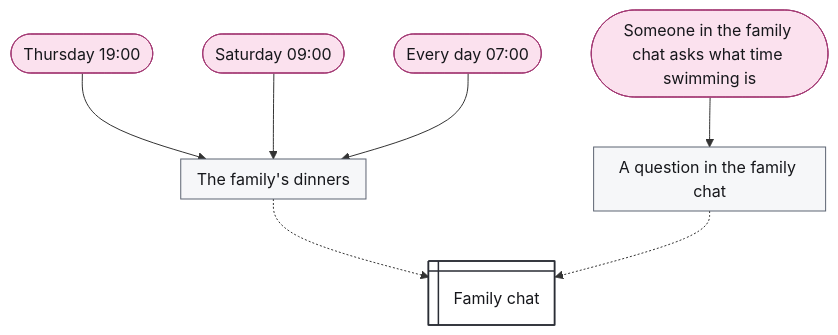
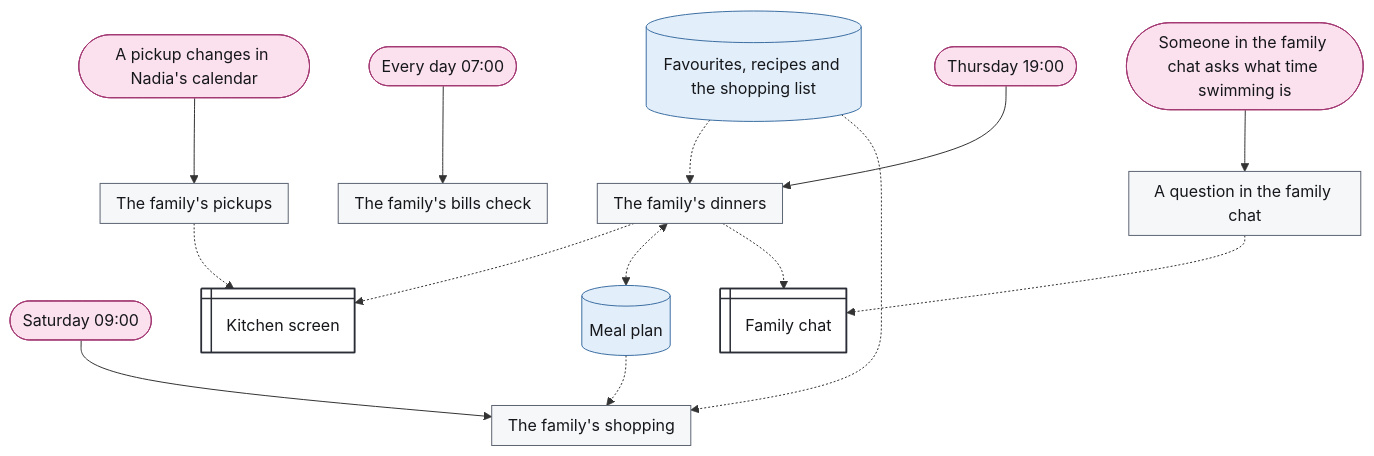
One commit to chrismdp/awml changed the diagram in examples/family-map.mmd. Above: the diagram before and after it, drawn with Mermaid. The commit also changed 106 other files, not shown here.

```diff
--- a/examples/family-map.mmd
+++ b/examples/family-map.mmd
@@ -1,43 +1,67 @@
 ---
 config:
   theme: default
   fontFamily: Inter, sans-serif
   flowchart:
     useMaxWidth: false
     subGraphTitleMargin:
       top: 6
       bottom: 30
 ---
 flowchart TB
   w1_thu(["Thursday 19#58;00"])
-  w1_sat(["Saturday 09#58;00"])
-  w1_daily(["Every day 07#58;00"])
   subgraph w1["The family#39;s dinners"]
     direction TB
   end
-  w2_ask(["Someone in the family chat asks what time swimming is"])
-  subgraph w2["A question in the family chat"]
+  w2_sat(["Saturday 09#58;00"])
+  subgraph w2["The family#39;s shopping"]
     direction TB
   end
-  s1@{ shape: win-pane, label: "Family chat" }
+  w3_daily(["Every day 07#58;00"])
+  subgraph w3["The family#39;s bills check"]
+    direction TB
+  end
+  w4_changed(["A pickup changes in Nadia#39;s calendar"])
+  subgraph w4["The family#39;s pickups"]
+    direction TB
+  end
+  w5_ask(["Someone in the family chat asks what time swimming is"])
+  subgraph w5["A question in the family chat"]
+    direction TB
+  end
+  s1@{ shape: win-pane, label: "Kitchen screen" }
+  s2[("Favourites#44; recipes and the shopping list")]
+  s3[("Meal plan")]
+  s4@{ shape: win-pane, label: "Family chat" }
 
   w1_thu --> w1
-  w1_sat --> w1
-  w1_daily --> w1
-  w2_ask --> w2
+  w2_sat --> w2
+  w3_daily --> w3
+  w4_changed --> w4
+  w5_ask --> w5
   w1 -.-> s1
-  w2 -.-> s1
+  w4 -.-> s1
+  s2 -.-> w1
+  s2 -.-> w2
+  w1 <-.-> s3
+  s3 -.-> w2
+  w1 -.-> s4
+  w5 -.-> s4
   classDef trig fill:#fbe1ee,stroke:#a33a74,color:#16171b
   classDef ctx fill:#e2eef9,stroke:#3d6fa3,color:#16171b
   classDef con fill:#eceef2,stroke:#5d6472,color:#16171b
   classDef surf fill:#ffffff,stroke:#2a2d35,stroke-width:1.5px,color:#16171b
   classDef out fill:#fde4dc,stroke:#b5532f,color:#16171b
   classDef ai fill:#cdd3fb,stroke:#3b4bb0,color:#16171b
   classDef code fill:#c4e3d1,stroke:#2b7a4f,color:#16171b
   classDef person fill:#f7d79a,stroke:#9a6100,color:#16171b
   classDef uml fill:#16171b,stroke:#16171b,color:#16171b
   classDef gap fill:#ffffff,stroke:#8a93a3,stroke-dasharray:4 3,color:#6b7280
-  class w1_thu,w1_sat,w1_daily,w2_ask trig
-  class s1 surf
+  class w1_thu,w2_sat,w3_daily,w4_changed,w5_ask trig
+  class s2,s3 ctx
+  class s1,s4 surf
   style w1 fill:#f6f7f9,stroke:#5d6472,color:#16171b
   style w2 fill:#f6f7f9,stroke:#5d6472,color:#16171b
+  style w3 fill:#f6f7f9,stroke:#5d6472,color:#16171b
+  style w4 fill:#f6f7f9,stroke:#5d6472,color:#16171b
+  style w5 fill:#f6f7f9,stroke:#5d6472,color:#16171b
```
